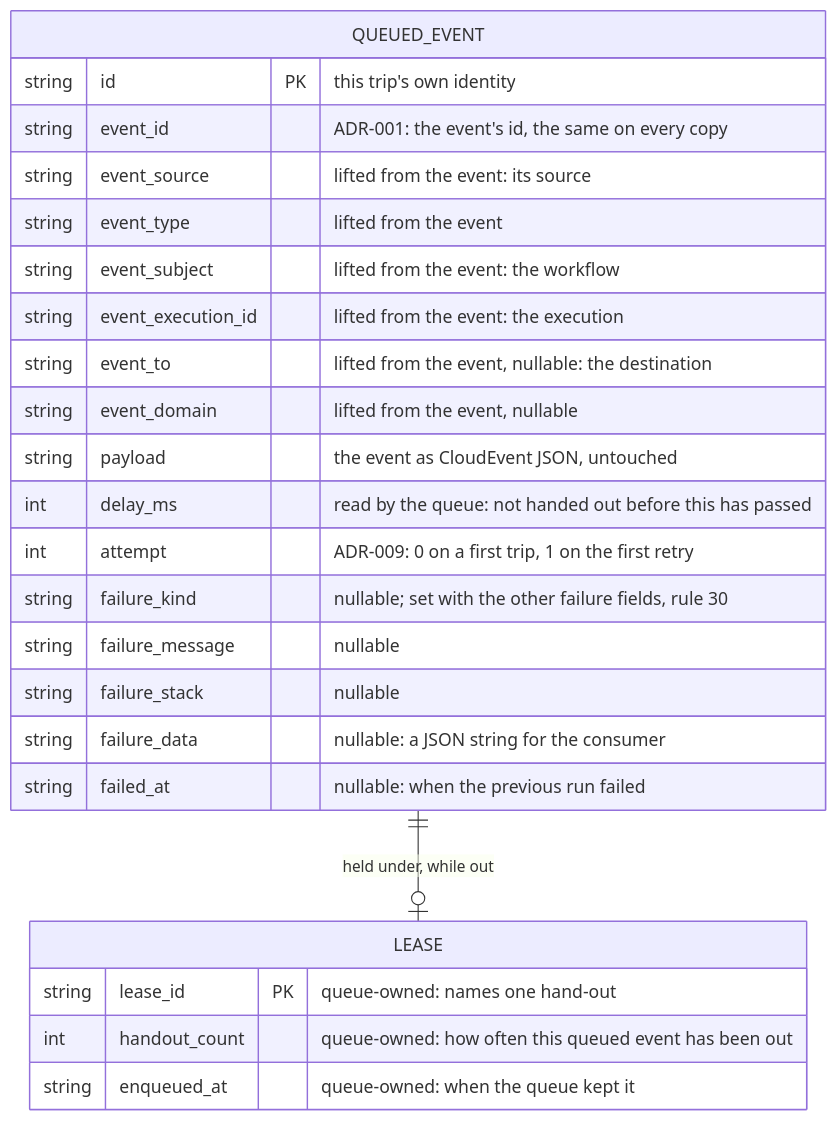
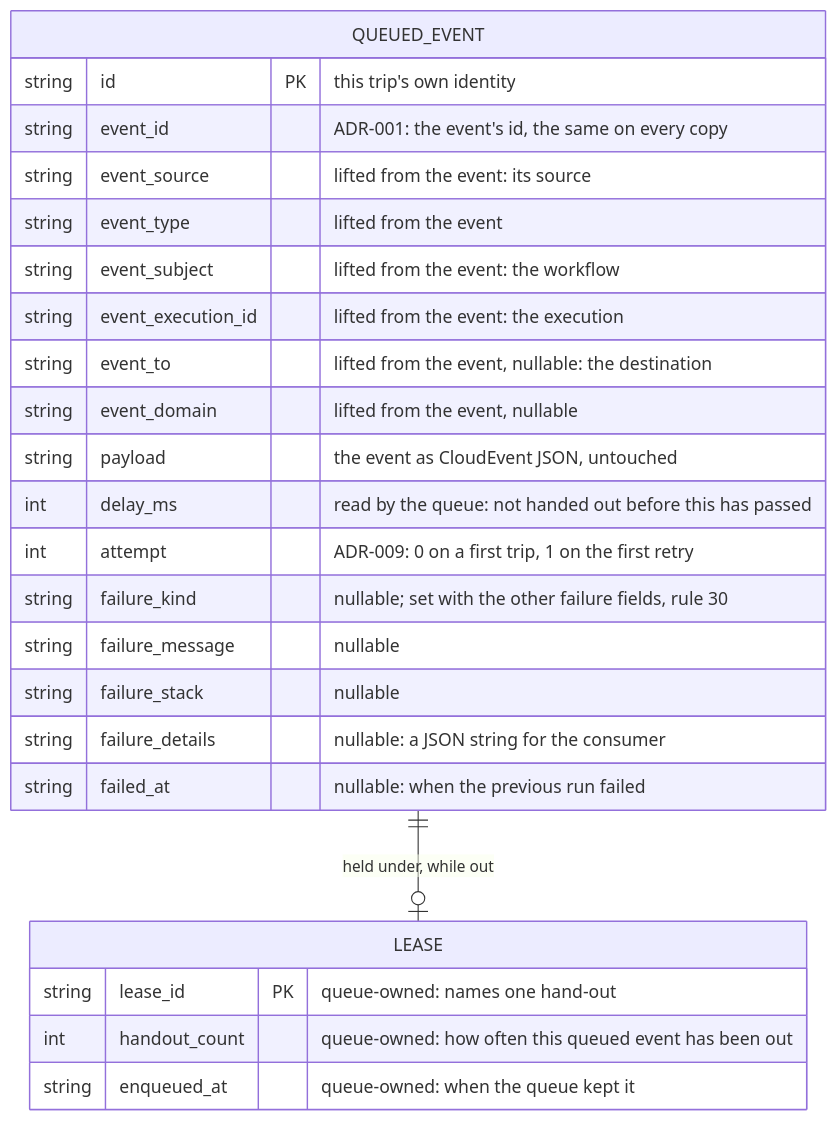
Before and after one commit to SaadAhmad123/arvo-core: the first of 3 diagrams in docs/adr/021-queue.md, drawn with Mermaid. The commit also changed other lines of this file and 1 other file, not shown here.

````diff
--- a/docs/adr/021-queue.md
+++ b/docs/adr/021-queue.md
@@ -71,27 +71,27 @@
 ```mermaid
 erDiagram
     QUEUED_EVENT ||--o| LEASE : "held under, while out"
     QUEUED_EVENT {
         string id                  PK "this trip's own identity"
         string event_id               "ADR-001: the event's id, the same on every copy"
         string event_source           "lifted from the event: its source"
         string event_type             "lifted from the event"
         string event_subject          "lifted from the event: the workflow"
         string event_execution_id     "lifted from the event: the execution"
         string event_to               "lifted from the event, nullable: the destination"
         string event_domain           "lifted from the event, nullable"
         string payload                "the event as CloudEvent JSON, untouched"
         int    delay_ms               "read by the queue: not handed out before this has passed"
         int    attempt                "ADR-009: 0 on a first trip, 1 on the first retry"
         string failure_kind           "nullable; set with the other failure fields, rule 30"
         string failure_message        "nullable"
         string failure_stack          "nullable"
-        string failure_data           "nullable: a JSON string for the consumer"
+        string failure_details           "nullable: a JSON string for the consumer"
         string failed_at              "nullable: when the previous run failed"
     }
     LEASE {
         string lease_id            PK "queue-owned: names one hand-out"
         int    handout_count          "queue-owned: how often this queued event has been out"
         string enqueued_at            "queue-owned: when the queue kept it"
     }
 ```
````
